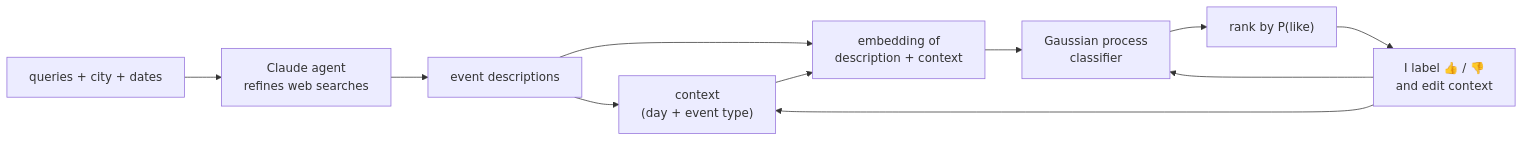
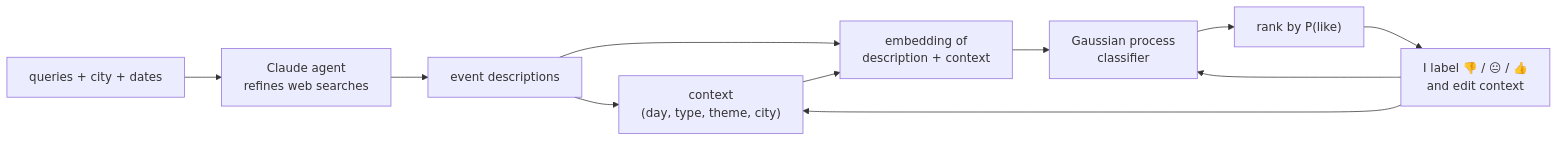
One commit to ZacharyCosenza/project-recommendation changed the diagram in README.md. Above: the diagram before and after it, drawn with Mermaid. The commit also changed other lines of this file and 13 other files, not shown here.

Commit message:
LLM-extracted theme/city in context, review card tab

````diff
--- a/README.md
+++ b/README.md
@@ -5,13 +5,13 @@
 ```mermaid
 flowchart LR
     S["queries + city + dates"] --> A["Claude agent<br/>refines web searches"]
     A --> D["event descriptions"]
-    D --> C["context<br/>(day + event type)"]
+    D --> C["context<br/>(day, type, theme, city)"]
     D --> E["embedding of<br/>description + context"]
     C --> E
     E --> GP["Gaussian process<br/>classifier"]
     GP --> R["rank by P(like)"]
-    R --> U["I label 👍 / 👎<br/>and edit context"]
+    R --> U["I label 👎 / 😐 / 👍<br/>and edit context"]
     U --> GP
     U --> C
 ```
````
